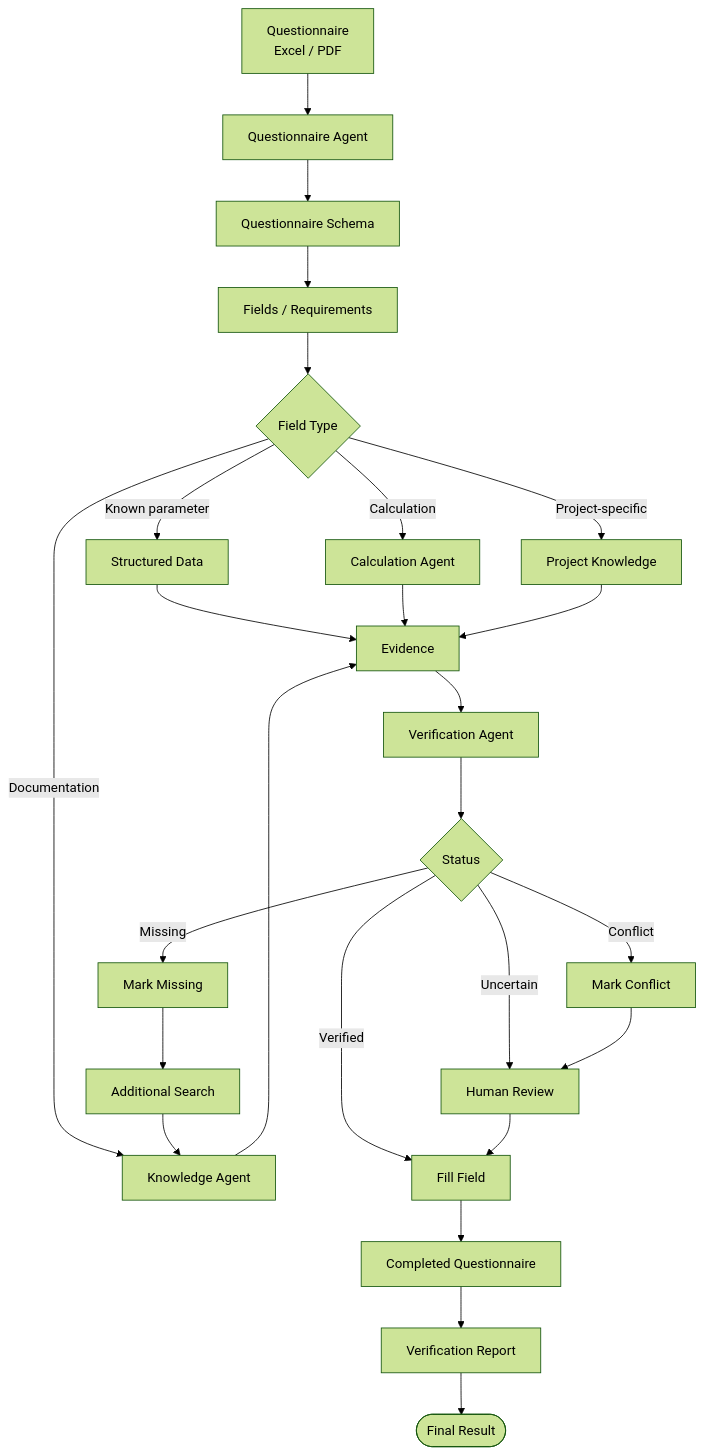
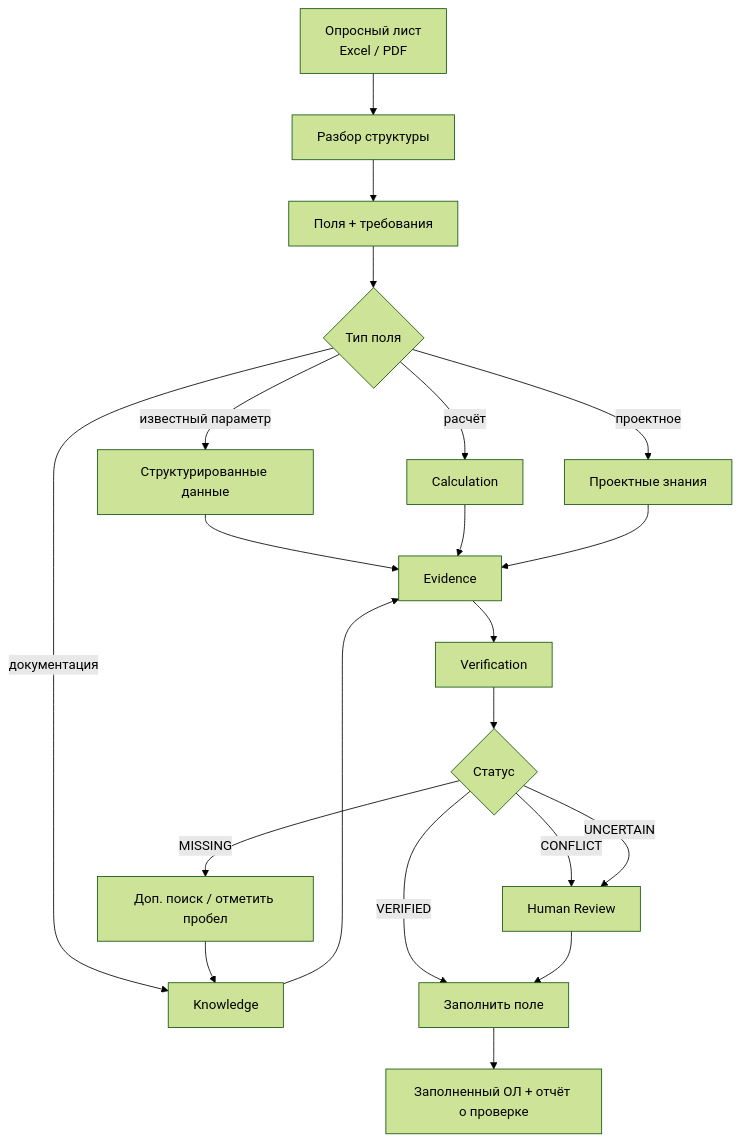
One commit to VladislavKiseliov/RAG changed the fourth of 4 diagrams in engineering_assistant_architecture.md. Above: the diagram before and after it, drawn with Mermaid (forest theme). The commit also changed other lines of this file and 1 other file, not shown here.

First line of the commit message:
docs: restore engineering_assistant_architecture.md under its original name

````diff
--- a/engineering_assistant_architecture.md
+++ b/engineering_assistant_architecture.md
@@ -612,42 +269,28 @@
 ```mermaid
 flowchart TD
-    INPUT[Questionnaire<br/>Excel / PDF]
+    IN[Опросный лист<br/>Excel / PDF] --> PARSE[Разбор структуры]
+    PARSE --> FIELDS[Поля + требования]
 
-    INPUT --> PARSE[Questionnaire Agent]
+    FIELDS --> ROUTE{Тип поля}
+    ROUTE -->|известный параметр| SQL[Структурированные данные]
+    ROUTE -->|документация| KNOW[Knowledge]
+    ROUTE -->|расчёт| CALC[Calculation]
+    ROUTE -->|проектное| PROJ[Проектные знания]
 
-    PARSE --> SCHEMA[Questionnaire Schema]
+    SQL --> EV[Evidence]
+    KNOW --> EV
+    CALC --> EV
+    PROJ --> EV
 
-    SCHEMA --> FIELDS[Fields / Requirements]
+    EV --> VER[Verification]
+    VER --> ST{Статус}
 
-    FIELDS --> ROUTER{Field Type}
+    ST -->|VERIFIED| FILL[Заполнить поле]
+    ST -->|MISSING| MORE[Доп. поиск / отметить пробел]
+    ST -->|CONFLICT| REV[Human Review]
+    ST -->|UNCERTAIN| REV
 
-    ROUTER -->|Known parameter| STRUCTURED[Structured Data]
-    ROUTER -->|Documentation| RAG[Knowledge Agent]
-    ROUTER -->|Calculation| CALC[Calculation Agent]
-    ROUTER -->|Project-specific| PROJECT[Project Knowledge]
-
-    STRUCTURED --> EVIDENCE[Evidence]
-    RAG --> EVIDENCE
-    CALC --> EVIDENCE
-    PROJECT --> EVIDENCE
-
-    EVIDENCE --> VERIFY[Verification Agent]
-
-    VERIFY --> STATUS{Status}
-
-    STATUS -->|Verified| FILL[Fill Field]
-    STATUS -->|Missing| MISSING[Mark Missing]
-    STATUS -->|Conflict| CONFLICT[Mark Conflict]
-    STATUS -->|Uncertain| REVIEW[Human Review]
-
-    MISSING --> SEARCH[Additional Search]
-    SEARCH --> RAG
-
-    CONFLICT --> REVIEW
-    REVIEW --> FILL
-
-    FILL --> OUTPUT[Completed Questionnaire]
-
-    OUTPUT --> REPORT[Verification Report]
-    REPORT --> FINAL([Final Result])
+    MORE --> KNOW
+    REV --> FILL
+    FILL --> OUT[Заполненный ОЛ + отчёт о проверке]
 ```
````
